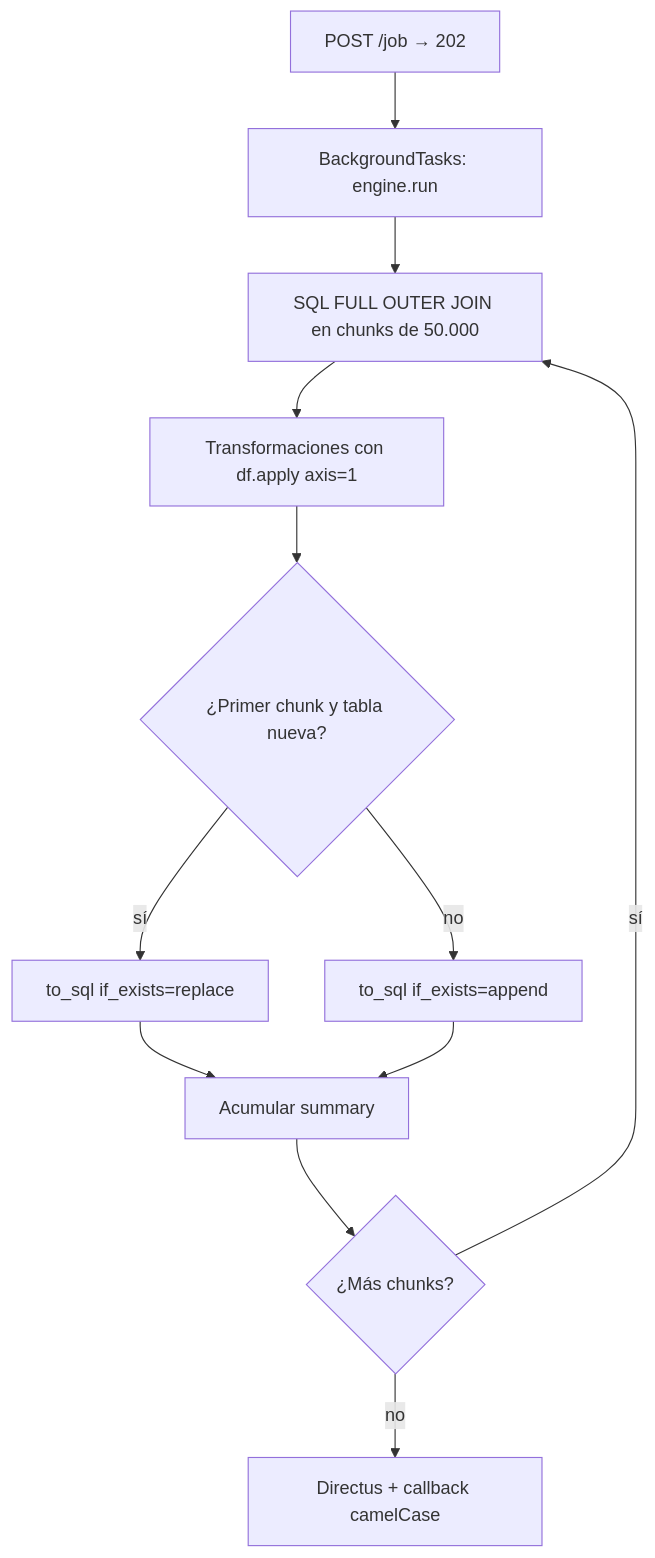
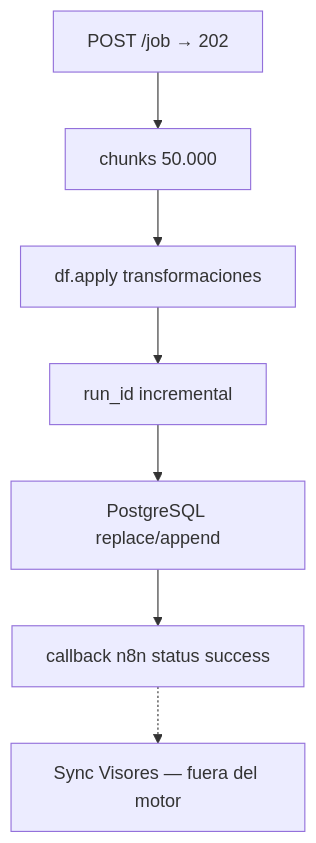
One commit to jgutierrez-kubic/collaps-docs changed the diagram in orquestador/fastapi-analysisengine.md. Above: the diagram before and after it, drawn with Mermaid. The commit also changed other lines of this file and 12 other files, not shown here.

Commit message:
docs: actualizacion integral de arquitectura (Separation of Concerns, Motor sin CMS, n8n Sync y Manual NocoDB)

````diff
--- a/orquestador/fastapi-analysisengine.md
+++ b/orquestador/fastapi-analysisengine.md
@@ -51,14 +40,9 @@
 ```mermaid
 flowchart TD
-  A[POST /job → 202] --> B[BackgroundTasks: engine.run]
-  B --> C[SQL FULL OUTER JOIN en chunks de 50.000]
-  C --> D[Transformaciones con df.apply axis=1]
-  D --> E{¿Primer chunk y tabla nueva?}
-  E -->|sí| F[to_sql if_exists=replace]
-  E -->|no| G[to_sql if_exists=append]
-  F --> H[Acumular summary]
-  G --> H
-  H --> I{¿Más chunks?}
-  I -->|sí| C
-  I -->|no| J[Directus + callback camelCase]
+  A[POST /job → 202] --> B[chunks 50.000]
+  B --> C[df.apply transformaciones]
+  C --> D[run_id incremental]
+  D --> E[PostgreSQL replace/append]
+  E --> F[callback n8n status success]
+  F -.-> G[Sync Visores — fuera del motor]
 ```
````
